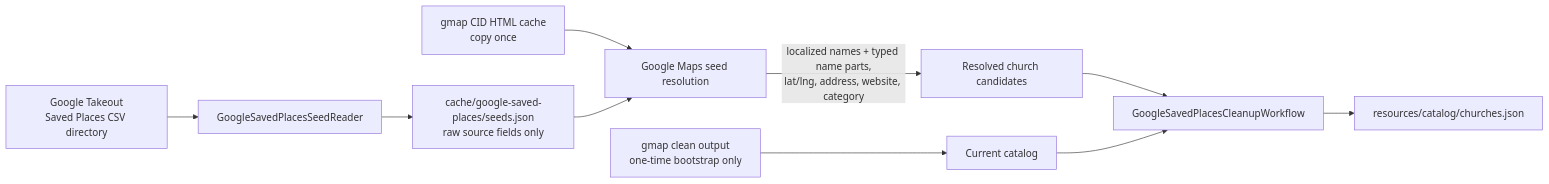
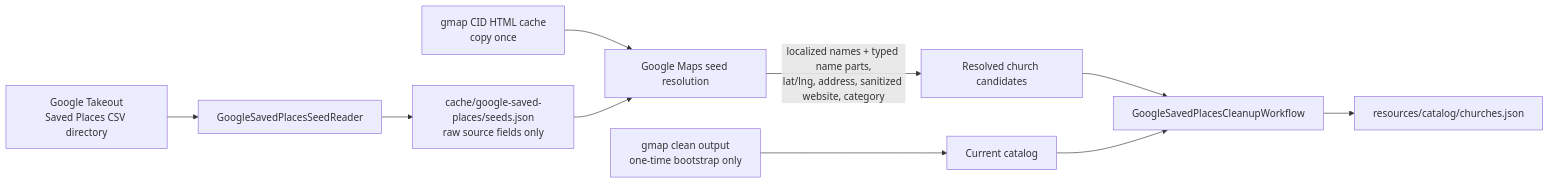
One commit to crossmapcojp/crossmap changed the first of 4 diagrams in crawl/README.md. Above: the diagram before and after it, drawn with Mermaid. The commit also changed other lines of this file and 69 other files, not shown here.

````diff
--- a/crawl/README.md
+++ b/crawl/README.md
@@ -14,12 +14,12 @@
 ```mermaid
 flowchart LR
     A[Google Takeout<br/>Saved Places CSV directory] --> B[GoogleSavedPlacesSeedReader]
     B --> C[cache/google-saved-places/seeds.json<br/>raw source fields only]
     G[gmap clean output<br/>one-time bootstrap only] --> F[Current catalog]
     H[gmap CID HTML cache<br/>copy once] --> D[Google Maps seed resolution]
     C --> D
-    D -- localized names + typed name parts,<br/>lat/lng, address, website, category --> E[Resolved church candidates]
+    D -- localized names + typed name parts,<br/>lat/lng, address, sanitized website, category --> E[Resolved church candidates]
     E --> I[GoogleSavedPlacesCleanupWorkflow]
     F --> I
     I --> J[resources/catalog/churches.json]
 ```
````
